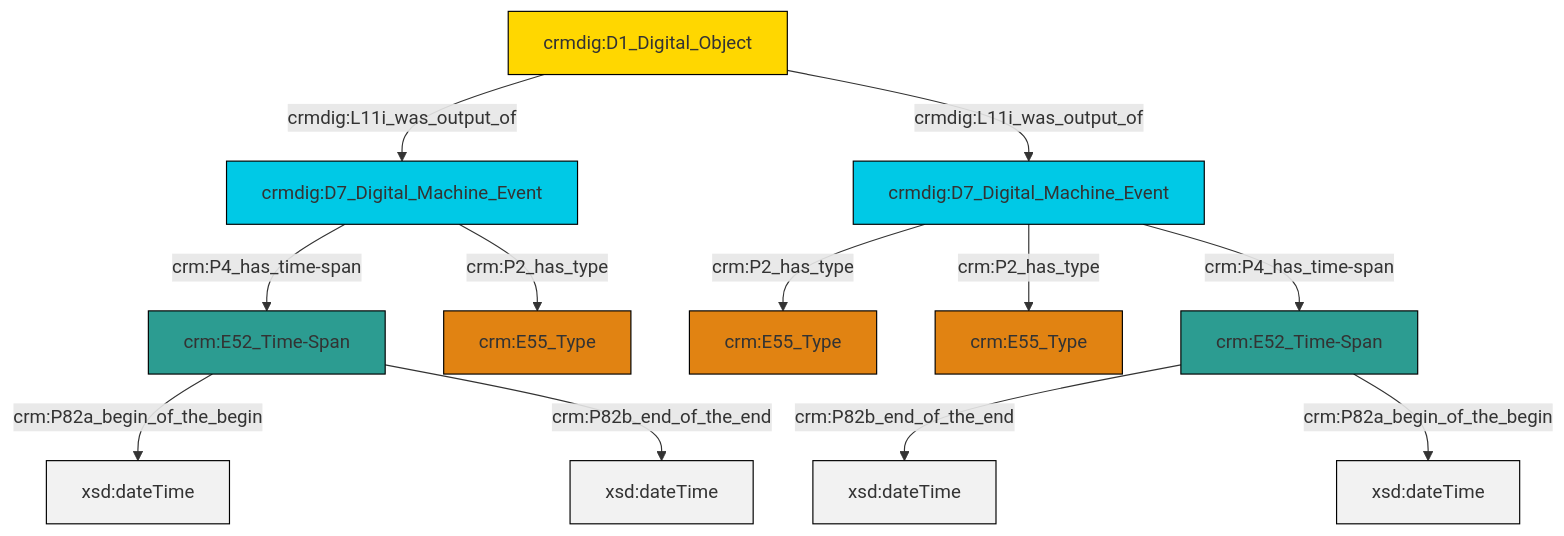
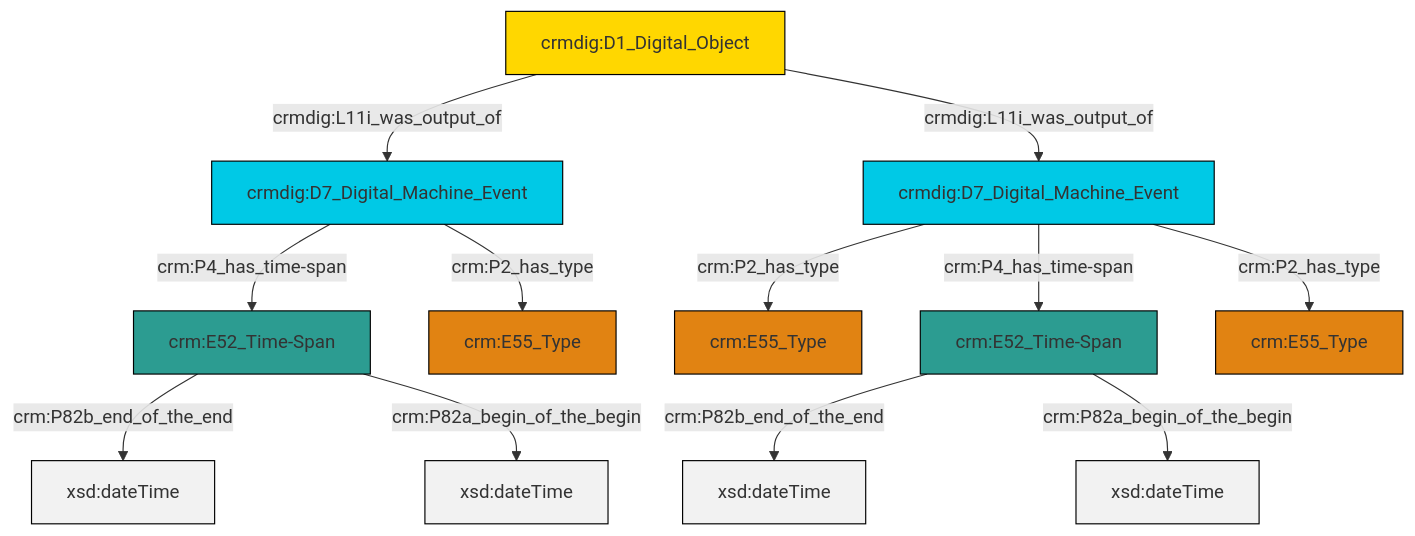
One commit to swiss-art-research-net/reference-data-models changed the diagram in et/doCSV/ttl/mmd/do_existence.ttl.mmd. Above: the diagram before and after it, drawn with Mermaid. The commit also changed 129 other files, not shown here.

```diff
--- a/et/doCSV/ttl/mmd/do_existence.ttl.mmd
+++ b/et/doCSV/ttl/mmd/do_existence.ttl.mmd
@@ -1,26 +1,26 @@
 graph TD
 classDef Literal fill:#f2f2f2,stroke:#000000;
 classDef CRM_Entity fill:#FFFFFF,stroke:#000000;
 classDef Temporal_Entity fill:#00C9E6, stroke:#000000;
 classDef Type fill:#E18312, stroke:#000000;
 classDef Time-Span fill:#2C9C91, stroke:#000000;
 classDef Appellation fill:#FFEB7F, stroke:#000000;
 classDef Place fill:#008836, stroke:#000000;
 classDef Persistent_Item fill:#B266B2, stroke:#000000;
 classDef Conceptual_Object fill:#FFD700, stroke:#000000;
 classDef Physical_Thing fill:#D2B48C, stroke:#000000;
 classDef Actor fill:#f58aad, stroke:#000000;
 classDef PC_Classes fill:#4ce600, stroke:#000000;
 classDef Multi fill:#cccccc,stroke:#000000;
 
-0["crmdig:D1_Digital_Object"]:::Conceptual_Object -->|crmdig:L11i_was_output_of| 1["crmdig:D7_Digital_Machine_Event"]:::Temporal_Entity
-7["crmdig:D7_Digital_Machine_Event"]:::Temporal_Entity -->|crm:P2_has_type| 2["crm:E55_Type"]:::Type
-10["crm:E52_Time-Span"]:::Time-Span -->|crm:P82a_begin_of_the_begin| 11[xsd:dateTime]:::Literal
-1["crmdig:D7_Digital_Machine_Event"]:::Temporal_Entity -->|crm:P4_has_time-span| 10["crm:E52_Time-Span"]:::Time-Span
-7["crmdig:D7_Digital_Machine_Event"]:::Temporal_Entity -->|crm:P2_has_type| 5["crm:E55_Type"]:::Type
-14["crm:E52_Time-Span"]:::Time-Span -->|crm:P82b_end_of_the_end| 15[xsd:dateTime]:::Literal
-14["crm:E52_Time-Span"]:::Time-Span -->|crm:P82a_begin_of_the_begin| 16[xsd:dateTime]:::Literal
-1["crmdig:D7_Digital_Machine_Event"]:::Temporal_Entity -->|crm:P2_has_type| 18["crm:E55_Type"]:::Type
-10["crm:E52_Time-Span"]:::Time-Span -->|crm:P82b_end_of_the_end| 22[xsd:dateTime]:::Literal
-0["crmdig:D1_Digital_Object"]:::Conceptual_Object -->|crmdig:L11i_was_output_of| 7["crmdig:D7_Digital_Machine_Event"]:::Temporal_Entity
-7["crmdig:D7_Digital_Machine_Event"]:::Temporal_Entity -->|crm:P4_has_time-span| 14["crm:E52_Time-Span"]:::Time-Span
+0["crm:E52_Time-Span"]:::Time-Span -->|crm:P82b_end_of_the_end| 1[xsd:dateTime]:::Literal
+10["crmdig:D7_Digital_Machine_Event"]:::Temporal_Entity -->|crm:P2_has_type| 6["crm:E55_Type"]:::Type
+8["crmdig:D1_Digital_Object"]:::Conceptual_Object -->|crmdig:L11i_was_output_of| 4["crmdig:D7_Digital_Machine_Event"]:::Temporal_Entity
+2["crm:E52_Time-Span"]:::Time-Span -->|crm:P82b_end_of_the_end| 13[xsd:dateTime]:::Literal
+2["crm:E52_Time-Span"]:::Time-Span -->|crm:P82a_begin_of_the_begin| 16[xsd:dateTime]:::Literal
+8["crmdig:D1_Digital_Object"]:::Conceptual_Object -->|crmdig:L11i_was_output_of| 10["crmdig:D7_Digital_Machine_Event"]:::Temporal_Entity
+10["crmdig:D7_Digital_Machine_Event"]:::Temporal_Entity -->|crm:P4_has_time-span| 2["crm:E52_Time-Span"]:::Time-Span
+4["crmdig:D7_Digital_Machine_Event"]:::Temporal_Entity -->|crm:P4_has_time-span| 0["crm:E52_Time-Span"]:::Time-Span
+4["crmdig:D7_Digital_Machine_Event"]:::Temporal_Entity -->|crm:P2_has_type| 11["crm:E55_Type"]:::Type
+0["crm:E52_Time-Span"]:::Time-Span -->|crm:P82a_begin_of_the_begin| 22[xsd:dateTime]:::Literal
+10["crmdig:D7_Digital_Machine_Event"]:::Temporal_Entity -->|crm:P2_has_type| 19["crm:E55_Type"]:::Type
```
